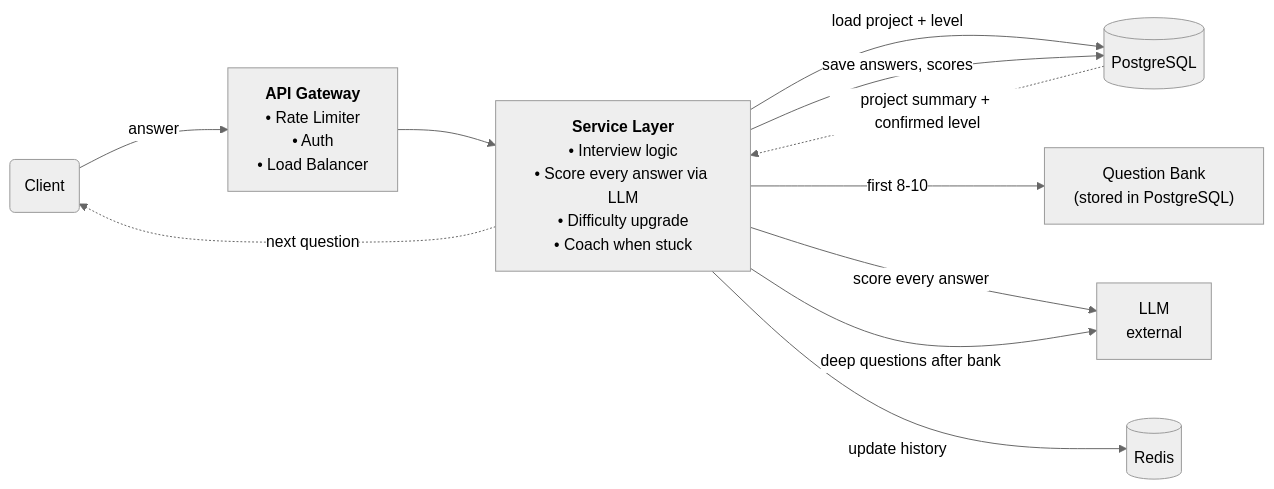
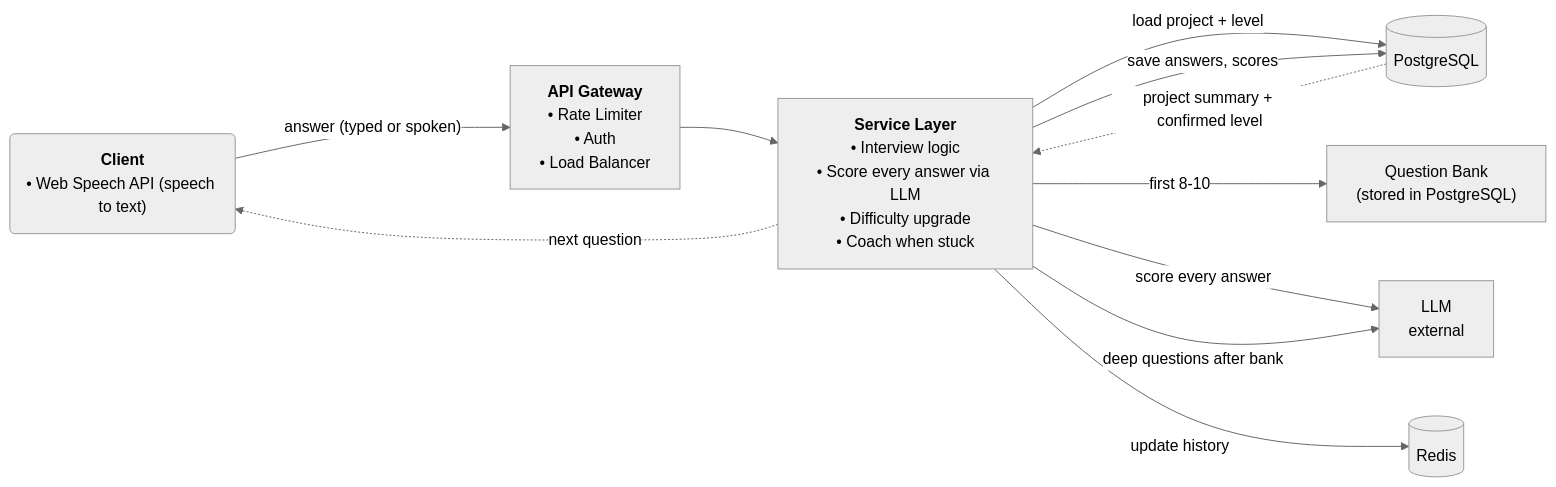
Before and after one commit to shivam-tamboli/GrillMyProject: the third of 4 diagrams in SYSTEM_DESIGN.md, drawn with Mermaid (neutral theme). The commit also changed other lines of this file, not shown here.

Commit message:
add web speech api for voice input — client side only

````diff
--- a/SYSTEM_DESIGN.md
+++ b/SYSTEM_DESIGN.md
@@ -392,22 +393,22 @@
 ```mermaid
 %%{init: {'flowchart': {'nodeSpacing': 60, 'rankSpacing': 100}}}%%
 flowchart LR
-    Client(Client)
+    Client("<b>Client</b><br/>• Web Speech API (speech to text)")
     GW["<b>API Gateway</b><br/>• Rate Limiter<br/>• Auth<br/>• Load Balancer"]
     SVC["<b>Service Layer</b><br/>• Interview logic<br/>• Score every answer via LLM<br/>• Difficulty upgrade<br/>• Coach when stuck"]
     QB["Question Bank<br/>(stored in PostgreSQL)"]
     LLM["LLM<br/>external"]
     RD[(Redis)]
     PG[(PostgreSQL)]
 
     SVC -->|load project + level| PG
     PG -.->|project summary + confirmed level| SVC
-    Client -->|answer| GW
+    Client -->|"answer (typed or spoken)"| GW
     GW --> SVC
     SVC -->|first 8-10| QB
     SVC -->|score every answer| LLM
     SVC -->|deep questions after bank| LLM
     SVC -->|update history| RD
     SVC -->|save answers, scores| PG
     SVC -.->|next question| Client
 ```
````
